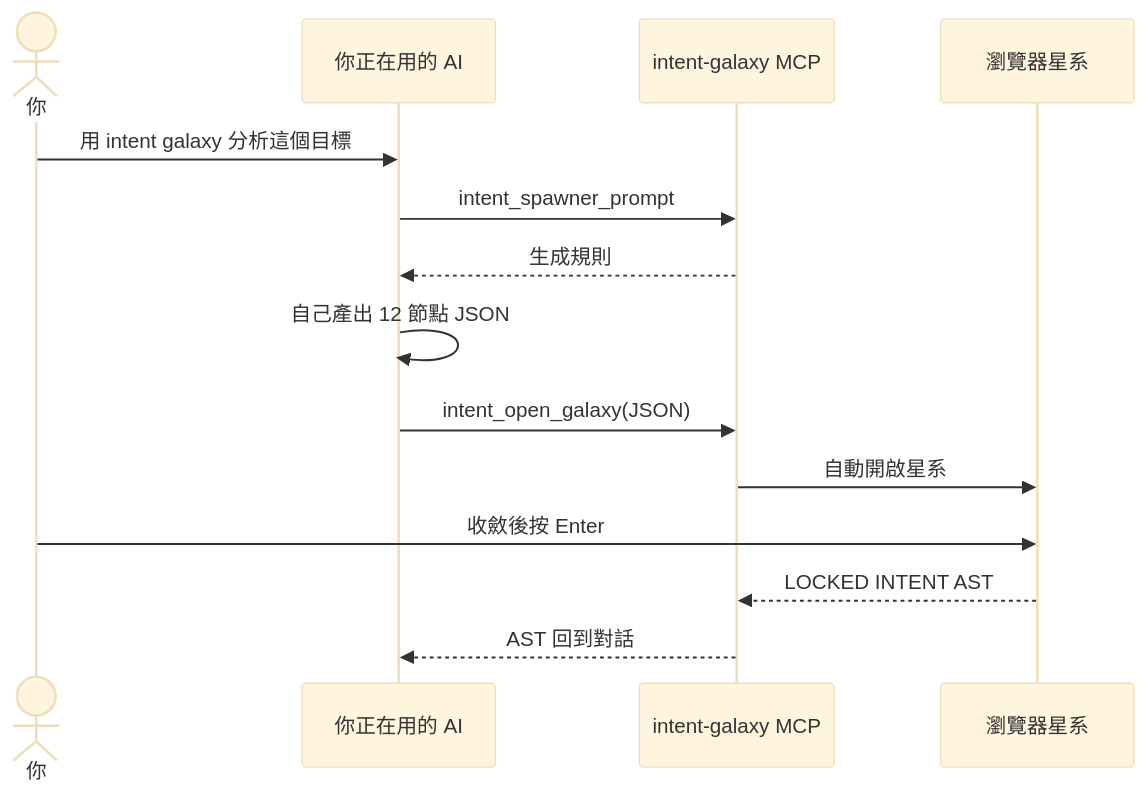
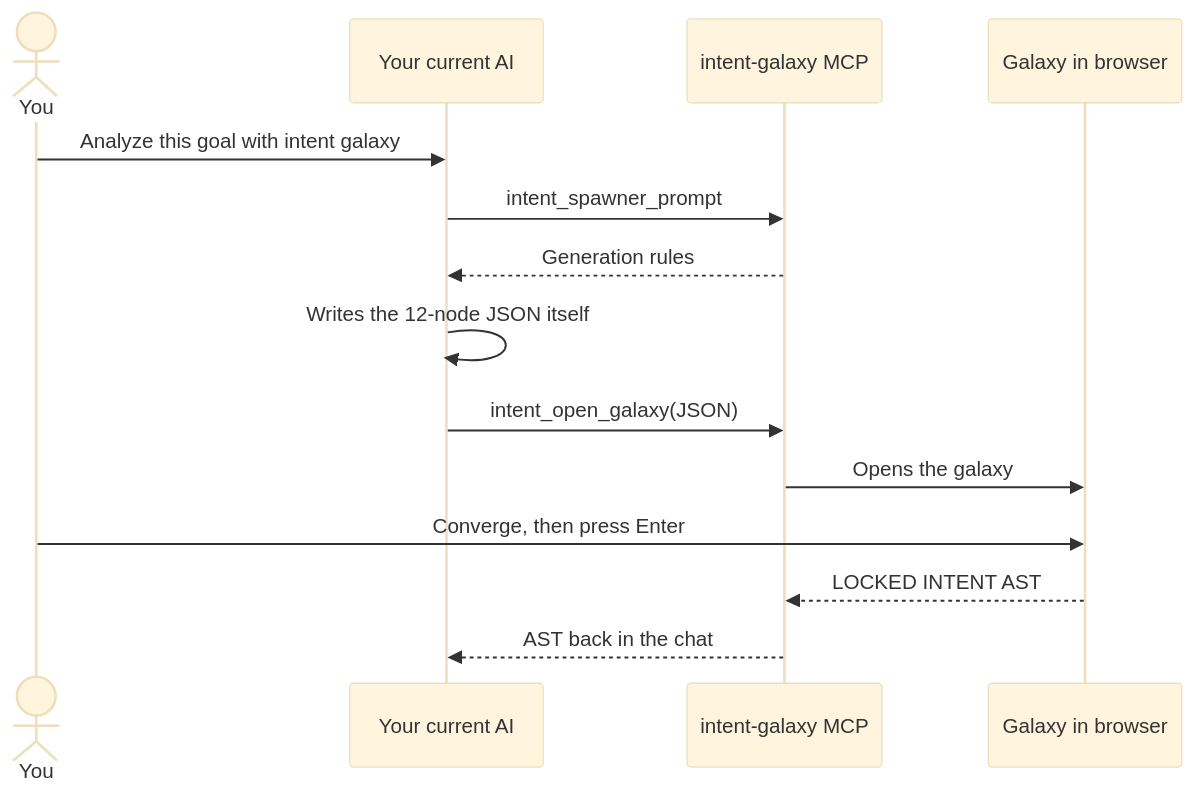
The second of 4 diagrams in README.md (stephen-taipei/intent-galaxy), drawn with Mermaid (base theme) before and after one commit. The commit also changed other lines of this file and 6 other files, not shown here.

````diff
--- a/README.md
+++ b/README.md
@@ -142,16 +150,16 @@
 ```mermaid
 sequenceDiagram
-    actor U as 你
-    participant H as 你正在用的 AI
+    actor U as You
+    participant H as Your current AI
     participant M as intent-galaxy MCP
-    participant B as 瀏覽器星系
-    U->>H: 用 intent galaxy 分析這個目標
+    participant B as Galaxy in browser
+    U->>H: Analyze this goal with intent galaxy
     H->>M: intent_spawner_prompt
-    M-->>H: 生成規則
-    H->>H: 自己產出 12 節點 JSON
+    M-->>H: Generation rules
+    H->>H: Writes the 12-node JSON itself
     H->>M: intent_open_galaxy(JSON)
-    M->>B: 自動開啟星系
-    U->>B: 收斂後按 Enter
+    M->>B: Opens the galaxy
+    U->>B: Converge, then press Enter
     B-->>M: LOCKED INTENT AST
-    M-->>H: AST 回到對話
+    M-->>H: AST back in the chat
 ```
````
